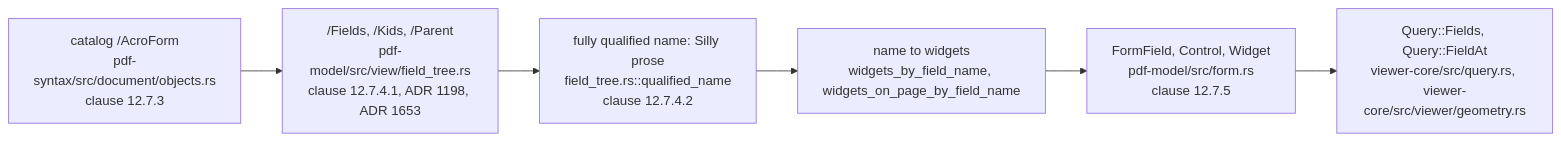
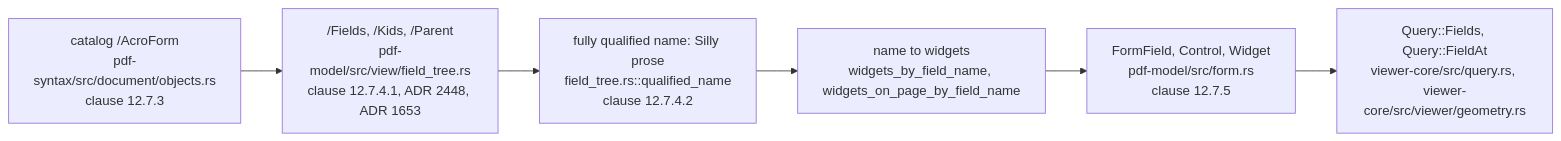
Before and after one commit to close2/pdf-viewer: the second of 7 diagrams in doc/teaching/how-a-form-field-is-filled.md, drawn with Mermaid. The commit also changed other lines of this file and 114 other files, not shown here.

````diff
--- a/doc/teaching/how-a-form-field-is-filled.md
+++ b/doc/teaching/how-a-form-field-is-filled.md
@@ -137,15 +139,15 @@
 ```mermaid
 flowchart LR
     CAT["catalog /AcroForm<br/>pdf-syntax/src/document/objects.rs<br/>clause 12.7.3"]
-    FIELDS["/Fields, /Kids, /Parent<br/>pdf-model/src/view/field_tree.rs<br/>clause 12.7.4.1, ADR 1198, ADR 1653"]
+    FIELDS["/Fields, /Kids, /Parent<br/>pdf-model/src/view/field_tree.rs<br/>clause 12.7.4.1, ADR 2448, ADR 1653"]
     NAME["fully qualified name: Silly prose<br/>field_tree.rs::qualified_name<br/>clause 12.7.4.2"]
     TABLE["name to widgets<br/>widgets_by_field_name, widgets_on_page_by_field_name"]
     DESC["FormField, Control, Widget<br/>pdf-model/src/form.rs<br/>clause 12.7.5"]
     ASK["Query::Fields, Query::FieldAt<br/>viewer-core/src/query.rs, viewer-core/src/viewer/geometry.rs"]
 
     CAT --> FIELDS
     FIELDS --> NAME
     NAME --> TABLE
     TABLE --> DESC
     DESC --> ASK
 ```
````
